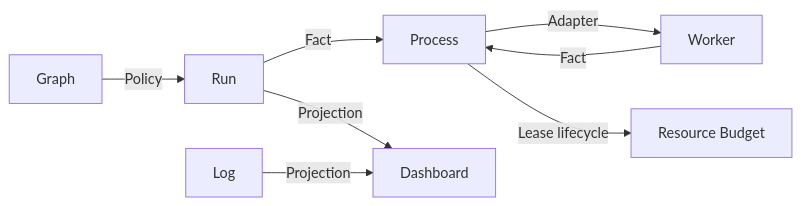
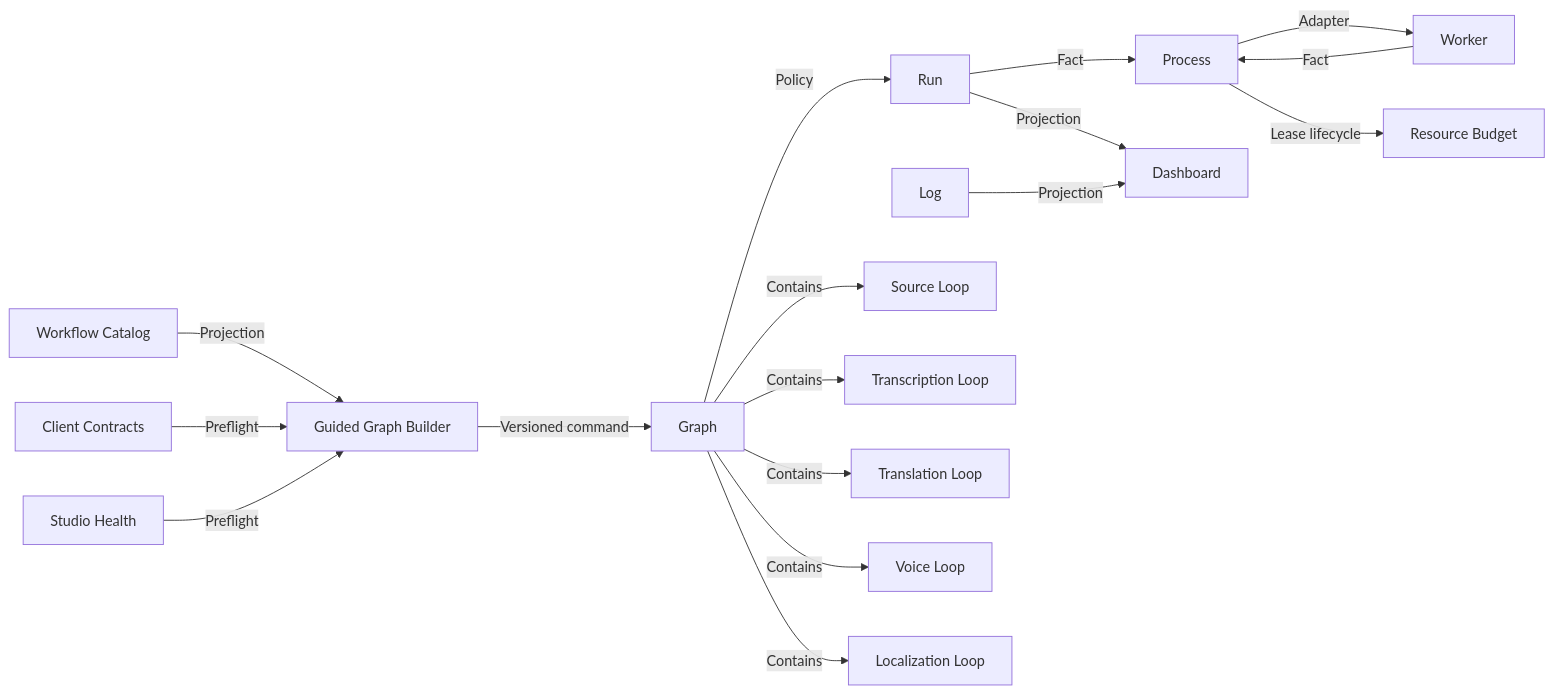
One commit to wohuishuo/cc-video-pipeline changed the diagram in docs/mvp/video-graph-studio/capability-dag.md. Above: the diagram before and after it, drawn with Mermaid. The commit also changed other lines of this file and 6 other files, not shown here.

Commit message:
fix: make the Studio graph launcher truthful

````diff
--- a/docs/mvp/video-graph-studio/capability-dag.md
+++ b/docs/mvp/video-graph-studio/capability-dag.md
@@ -3,10 +3,19 @@
 ```mermaid
 flowchart LR
+    Catalog[Workflow Catalog] -->|Projection| Builder[Guided Graph Builder]
+    Contracts[Client Contracts] -->|Preflight| Builder
+    Health[Studio Health] -->|Preflight| Builder
+    Builder -->|Versioned command| Graph
     Graph -->|Policy| Run
     Run -->|Fact| Process
     Process -->|Adapter| Worker
     Process -->|Lease lifecycle| Budget[Resource Budget]
     Worker -->|Fact| Process
     Run -->|Projection| Dashboard
     Log -->|Projection| Dashboard
+    Graph -->|Contains| SourceLoop[Source Loop]
+    Graph -->|Contains| AsrLoop[Transcription Loop]
+    Graph -->|Contains| TranslationLoop[Translation Loop]
+    Graph -->|Contains| VoiceLoop[Voice Loop]
+    Graph -->|Contains| LocalizationLoop[Localization Loop]
 ```
````
